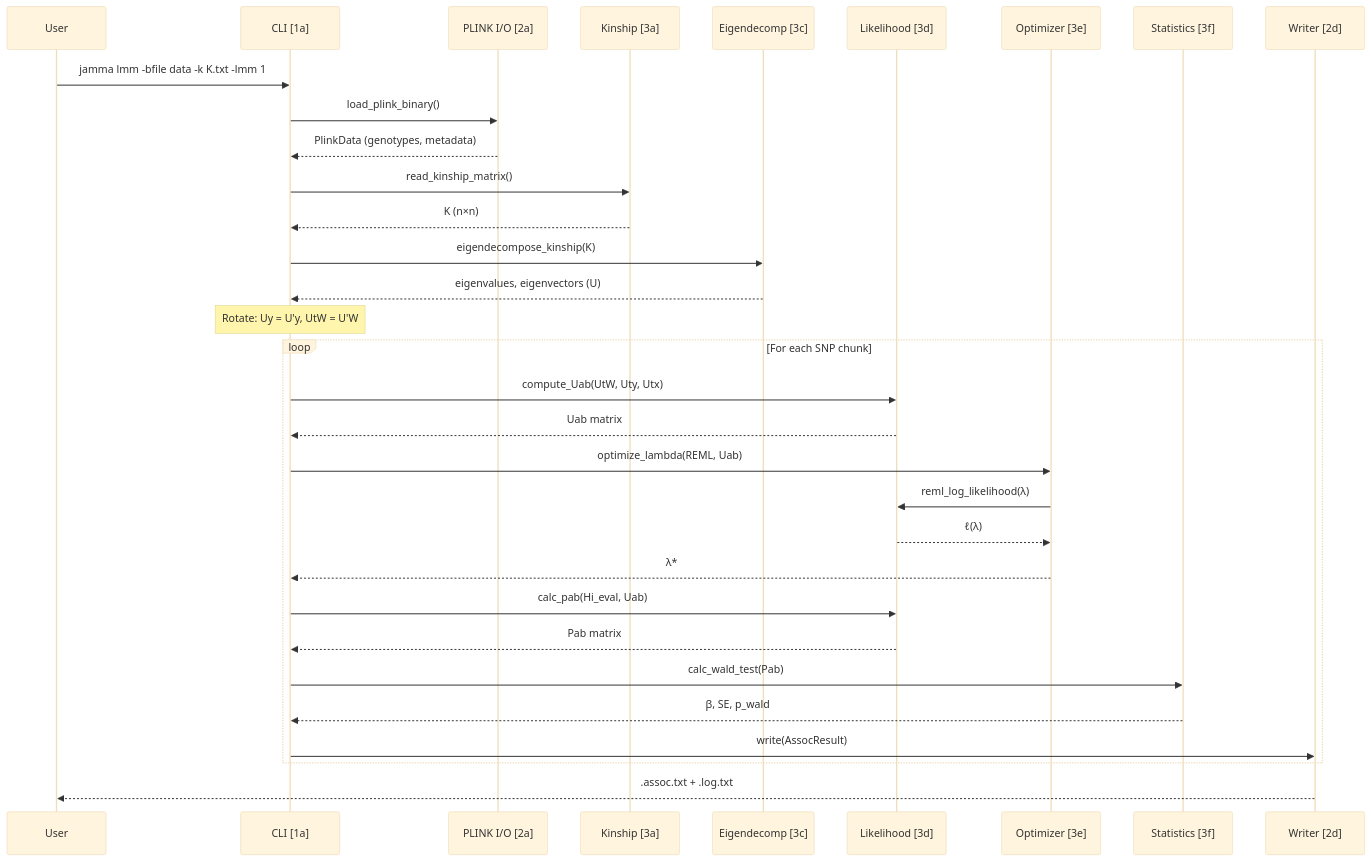
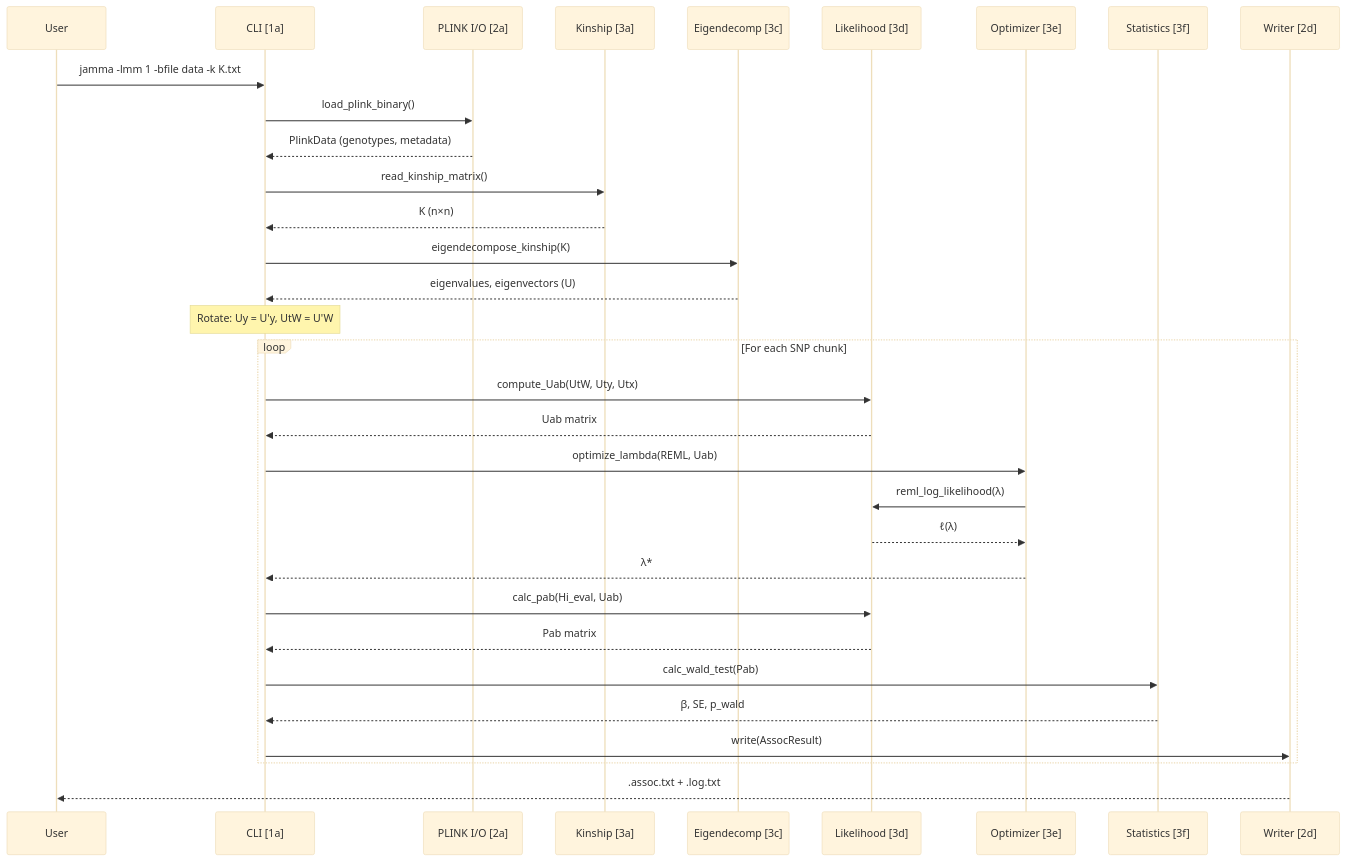
The second of 4 diagrams in docs/CODEMAP.md (michael-denyer/jamma), drawn with Mermaid (base theme) before and after one commit. The commit also changed other lines of this file and 8 other files, not shown here.

````diff
--- a/docs/CODEMAP.md
+++ b/docs/CODEMAP.md
@@ -233,38 +233,38 @@
 ```mermaid
 sequenceDiagram
     participant U as User
     participant CLI as CLI [1a]
     participant IO as PLINK I/O [2a]
     participant K as Kinship [3a]
     participant E as Eigendecomp [3c]
     participant L as Likelihood [3d]
     participant O as Optimizer [3e]
     participant S as Statistics [3f]
     participant W as Writer [2d]
 
-    U->>CLI: jamma lmm -bfile data -k K.txt -lmm 1
+    U->>CLI: jamma -lmm 1 -bfile data -k K.txt
     CLI->>IO: load_plink_binary()
     IO-->>CLI: PlinkData (genotypes, metadata)
     CLI->>K: read_kinship_matrix()
     K-->>CLI: K (n×n)
     CLI->>E: eigendecompose_kinship(K)
     E-->>CLI: eigenvalues, eigenvectors (U)
 
     Note over CLI: Rotate: Uy = U'y, UtW = U'W
 
     loop For each SNP chunk
         CLI->>L: compute_Uab(UtW, Uty, Utx)
         L-->>CLI: Uab matrix
         CLI->>O: optimize_lambda(REML, Uab)
         O->>L: reml_log_likelihood(λ)
         L-->>O: ℓ(λ)
         O-->>CLI: λ*
         CLI->>L: calc_pab(Hi_eval, Uab)
         L-->>CLI: Pab matrix
         CLI->>S: calc_wald_test(Pab)
         S-->>CLI: β, SE, p_wald
         CLI->>W: write(AssocResult)
     end
 
     W-->>U: .assoc.txt + .log.txt
 ```
````
